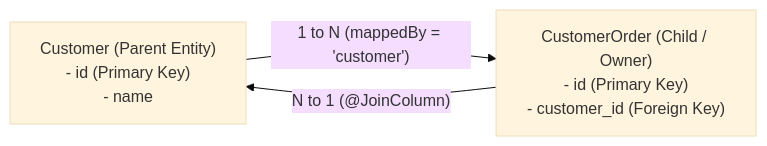
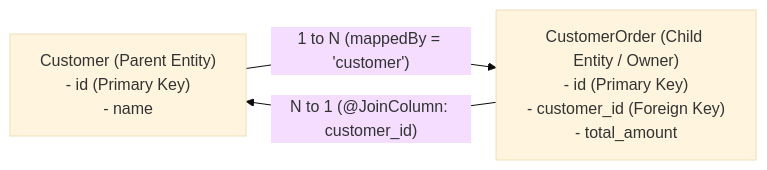
Before and after one commit to rohithgowda18/Notes: diagram 19 of 23 in 06-Java-and-Spring-Boot/Spring Boot Interview Guide.md, drawn with Mermaid (base theme). The commit also changed other lines of this file, not shown here.

````diff
--- a/06-Java-and-Spring-Boot/Spring Boot Interview Guide.md
+++ b/06-Java-and-Spring-Boot/Spring Boot Interview Guide.md
@@ -1093,8 +1089,13 @@
 ```mermaid
 flowchart LR
-    Customer["Customer (Parent Entity)<br/>- id (Primary Key)<br/>- name"]
-    OrderEntity["CustomerOrder (Child / Owner)<br/>- id (Primary Key)<br/>- customer_id (Foreign Key)"]
+    Customer["Customer (Parent Entity)
+- id (Primary Key)
+- name"]
+    OrderEntity["CustomerOrder (Child Entity / Owner)
+- id (Primary Key)
+- customer_id (Foreign Key)
+- total_amount"]
 
     Customer -- "1 to N (mappedBy = 'customer')" --> OrderEntity
-    OrderEntity -- "N to 1 (@JoinColumn)" --> Customer
+    OrderEntity -- "N to 1 (@JoinColumn: customer_id)" --> Customer
 ```
````
